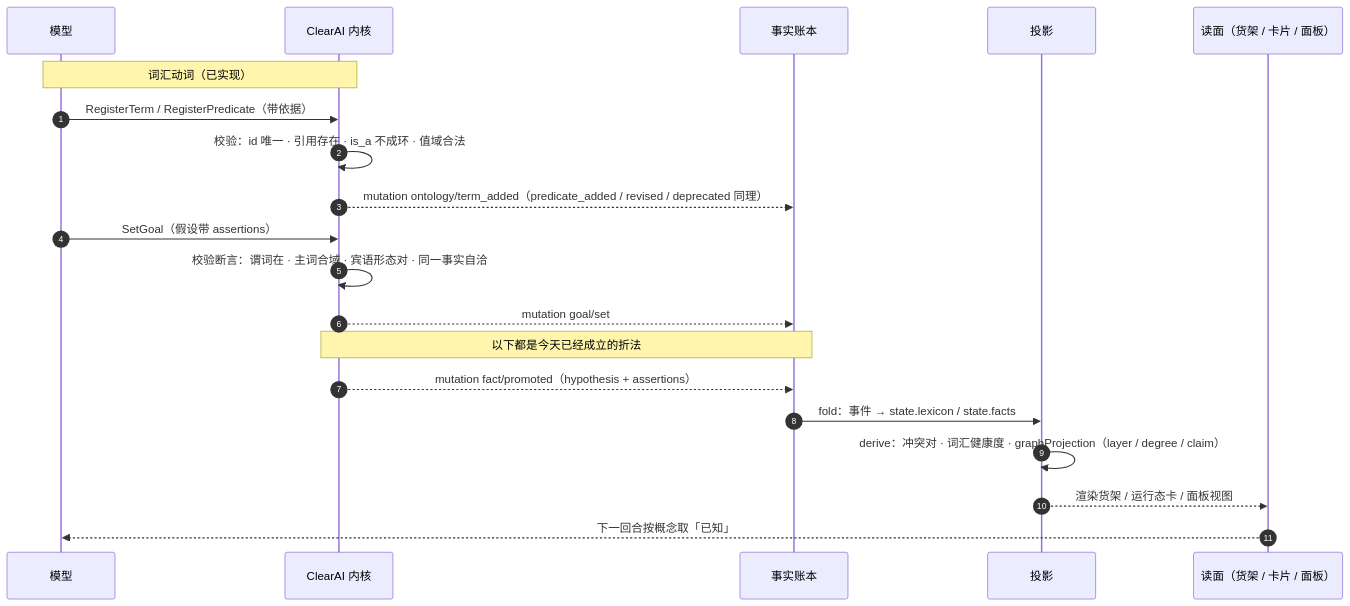
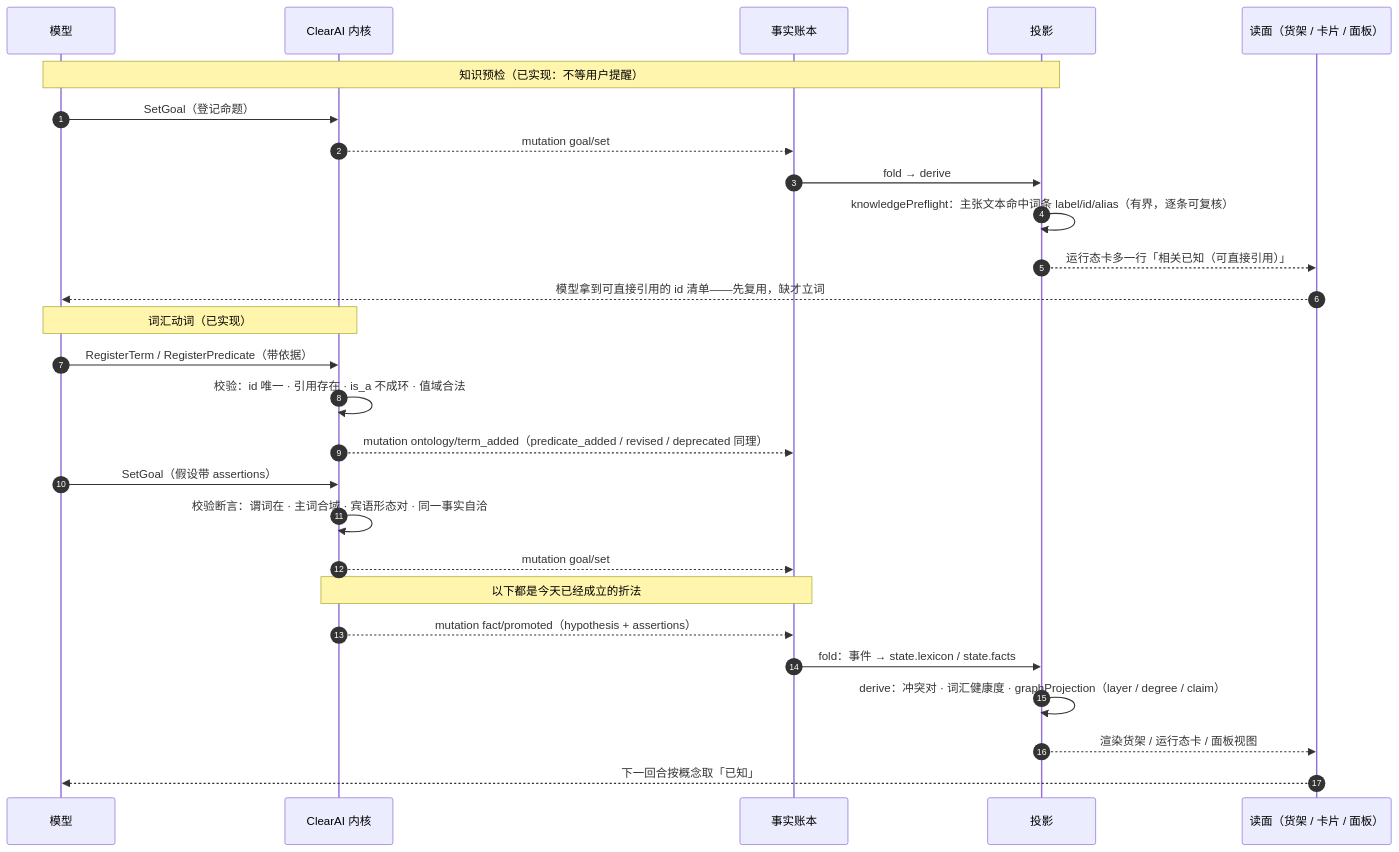
Before and after one commit to Clearailhc/clearai-dsh: the sixth of 7 diagrams in docs/optimization/timing-diagrams.zh-CN.md, drawn with Mermaid. The commit also changed 3 other files, not shown here.

First line of the commit message:
docs: 知识预检的时序图与已知缺口(中英)同步

````diff
--- a/docs/optimization/timing-diagrams.zh-CN.md
+++ b/docs/optimization/timing-diagrams.zh-CN.md
@@ -232,23 +232,31 @@
 ```mermaid
 sequenceDiagram
     autonumber
     participant M as 模型
     participant K as ClearAI 内核
     participant L as 事实账本
     participant P as 投影
     participant G as 读面（货架 / 卡片 / 面板）
+
+    Note over M,P: 知识预检（已实现：不等用户提醒）
+    M->>K: SetGoal（登记命题）
+    K-->>L: mutation goal/set
+    L->>P: fold → derive
+    P->>P: knowledgePreflight：主张文本命中词条 label/id/alias（有界，逐条可复核）
+    P-->>G: 运行态卡多一行「相关已知（可直接引用）」
+    G-->>M: 模型拿到可直接引用的 id 清单——先复用，缺才立词
 
     Note over M,K: 词汇动词（已实现）
     M->>K: RegisterTerm / RegisterPredicate（带依据）
     K->>K: 校验：id 唯一 · 引用存在 · is_a 不成环 · 值域合法
     K-->>L: mutation ontology/term_added（predicate_added / revised / deprecated 同理）
     M->>K: SetGoal（假设带 assertions）
     K->>K: 校验断言：谓词在 · 主词合域 · 宾语形态对 · 同一事实自洽
     K-->>L: mutation goal/set
     Note over K,L: 以下都是今天已经成立的折法
     K-->>L: mutation fact/promoted（hypothesis + assertions）
     L->>P: fold：事件 → state.lexicon / state.facts
     P->>P: derive：冲突对 · 词汇健康度 · graphProjection（layer / degree / claim）
     P-->>G: 渲染货架 / 运行态卡 / 面板视图
     G-->>M: 下一回合按概念取「已知」
 ```
````
